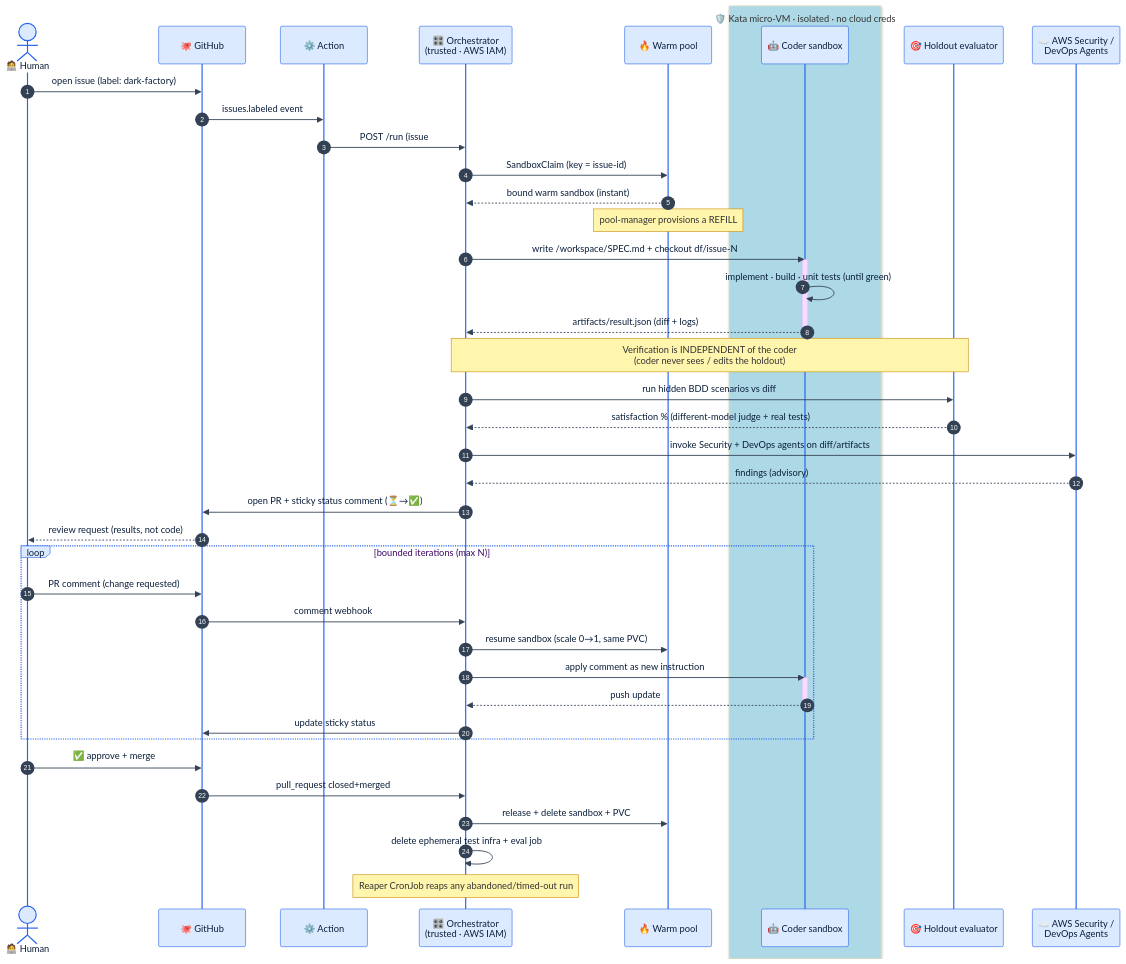
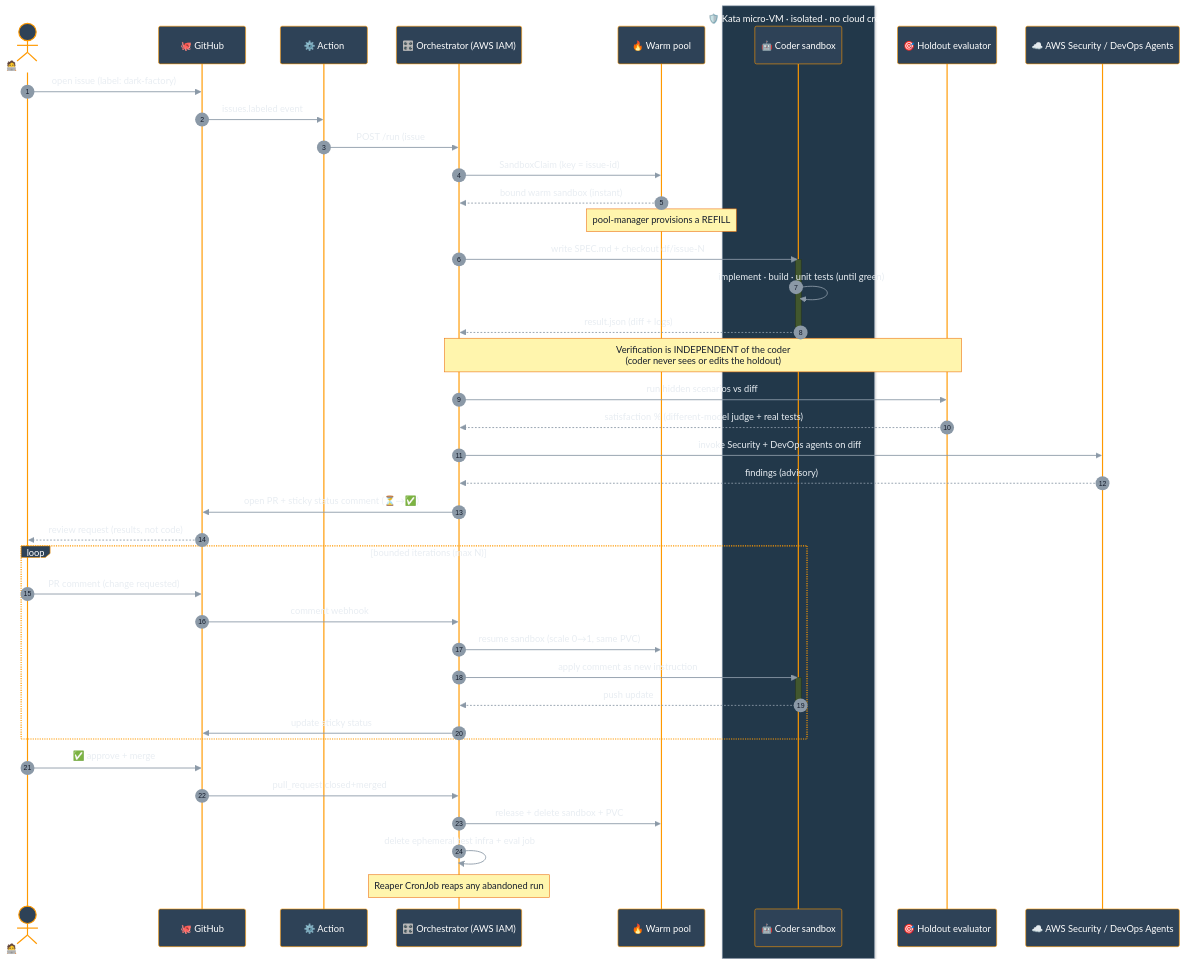
One commit to aws-samples/sample-open-agentic-platform changed the second of 3 diagrams in docs/dark-factory/diagrams/flow-b-dark-factory.md. Above: the diagram before and after it, drawn with Mermaid. The commit also changed other lines of this file and 1 other file, not shown here.

First line of the commit message:
docs(dark-factory): restyle diagrams to AWS dark-canvas keynote theme

````diff
--- a/docs/dark-factory/diagrams/flow-b-dark-factory.md
+++ b/docs/dark-factory/diagrams/flow-b-dark-factory.md
@@ -81,54 +90,60 @@
 ```mermaid
-%%{init: {'theme':'base','themeVariables':{'fontFamily':'ui-sans-serif, system-ui','fontSize':'13px','actorBkg':'#DBEAFE','actorBorder':'#2563EB','actorTextColor':'#0B1F3A','signalColor':'#334155','signalTextColor':'#0B1F3A','noteBkg':'#FEF9C3','noteBorderColor':'#CA8A04','loopTextColor':'#3B0764'}}}%%
+%%{init: {'theme':'base','themeVariables':{
+  'fontFamily':'Amazon Ember, Helvetica, Arial, sans-serif','fontSize':'13px',
+  'primaryColor':'#2E4257','primaryBorderColor':'#7C8FA3','primaryTextColor':'#FFFFFF',
+  'actorBkg':'#2E4257','actorBorder':'#FF9900','actorTextColor':'#FFFFFF',
+  'signalColor':'#8B99A7','signalTextColor':'#E8EDF2','lineColor':'#8B99A7',
+  'noteBkg':'#FF9900','noteTextColor':'#161E2D','noteBorderColor':'#EC7211',
+  'loopTextColor':'#E8EDF2','sequenceNumberColor':'#161E2D'}}}%%
 sequenceDiagram
     autonumber
     actor Dev as 🧑‍💻 Human
     participant GH as 🐙 GitHub
     participant GHA as ⚙️ Action
-    participant ORCH as 🎛️ Orchestrator<br/>(trusted · AWS IAM)
+    participant ORCH as 🎛️ Orchestrator (AWS IAM)
     participant POOL as 🔥 Warm pool
-    box LightBlue 🛡️ Kata micro-VM · isolated · no cloud creds
+    box rgb(34,56,74) 🛡️ Kata micro-VM · isolated · no cloud creds
     participant SBX as 🤖 Coder sandbox
     end
     participant EVAL as 🎯 Holdout evaluator
-    participant AWS as ☁️ AWS Security /<br/>DevOps Agents
+    participant AWS as ☁️ AWS Security / DevOps Agents
 
     Dev->>GH: open issue (label: dark-factory)
     GH->>GHA: issues.labeled event
     GHA->>ORCH: POST /run (issue #, repo, short-TTL token)
     ORCH->>POOL: SandboxClaim (key = issue-id)
     POOL-->>ORCH: bound warm sandbox (instant)
     Note over POOL: pool-manager provisions a REFILL
 
-    ORCH->>SBX: write /workspace/SPEC.md + checkout df/issue-N
+    ORCH->>SBX: write SPEC.md + checkout df/issue-N
     activate SBX
     SBX->>SBX: implement · build · unit tests (until green)
-    SBX-->>ORCH: artifacts/result.json (diff + logs)
+    SBX-->>ORCH: result.json (diff + logs)
     deactivate SBX
 
-    Note over ORCH,EVAL: Verification is INDEPENDENT of the coder<br/>(coder never sees / edits the holdout)
-    ORCH->>EVAL: run hidden BDD scenarios vs diff
+    Note over ORCH,EVAL: Verification is INDEPENDENT of the coder<br/>(coder never sees or edits the holdout)
+    ORCH->>EVAL: run hidden scenarios vs diff
     EVAL-->>ORCH: satisfaction % (different-model judge + real tests)
-    ORCH->>AWS: invoke Security + DevOps agents on diff/artifacts
+    ORCH->>AWS: invoke Security + DevOps agents on diff
     AWS-->>ORCH: findings (advisory)
 
     ORCH->>GH: open PR + sticky status comment (⏳→✅)
     GH-->>Dev: review request (results, not code)
 
     loop bounded iterations (max N)
         Dev->>GH: PR comment (change requested)
         GH->>ORCH: comment webhook
         ORCH->>POOL: resume sandbox (scale 0→1, same PVC)
         ORCH->>SBX: apply comment as new instruction
         activate SBX
         SBX-->>ORCH: push update
         deactivate SBX
         ORCH->>GH: update sticky status
     end
 
     Dev->>GH: ✅ approve + merge
     GH->>ORCH: pull_request closed+merged
     ORCH->>POOL: release + delete sandbox + PVC
     ORCH->>ORCH: delete ephemeral test infra + eval job
-    Note over ORCH: Reaper CronJob reaps any abandoned/timed-out run
+    Note over ORCH: Reaper CronJob reaps any abandoned run
 ```
````
